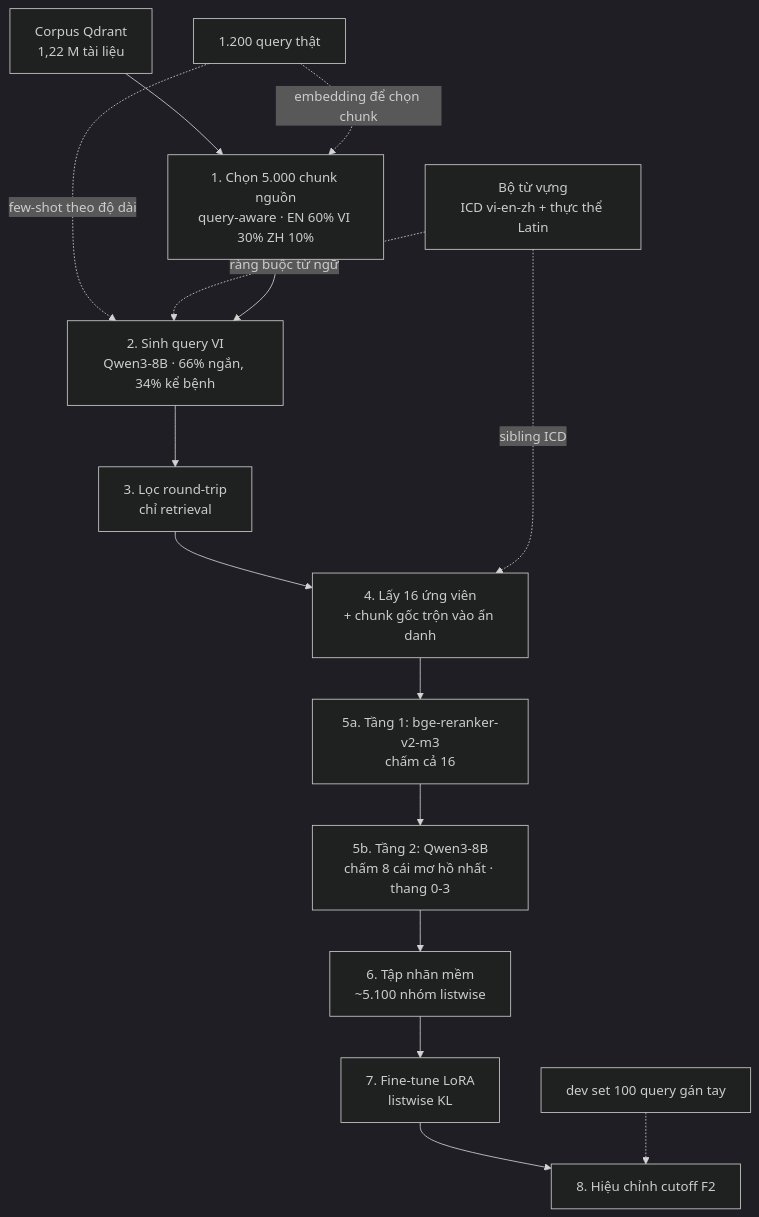
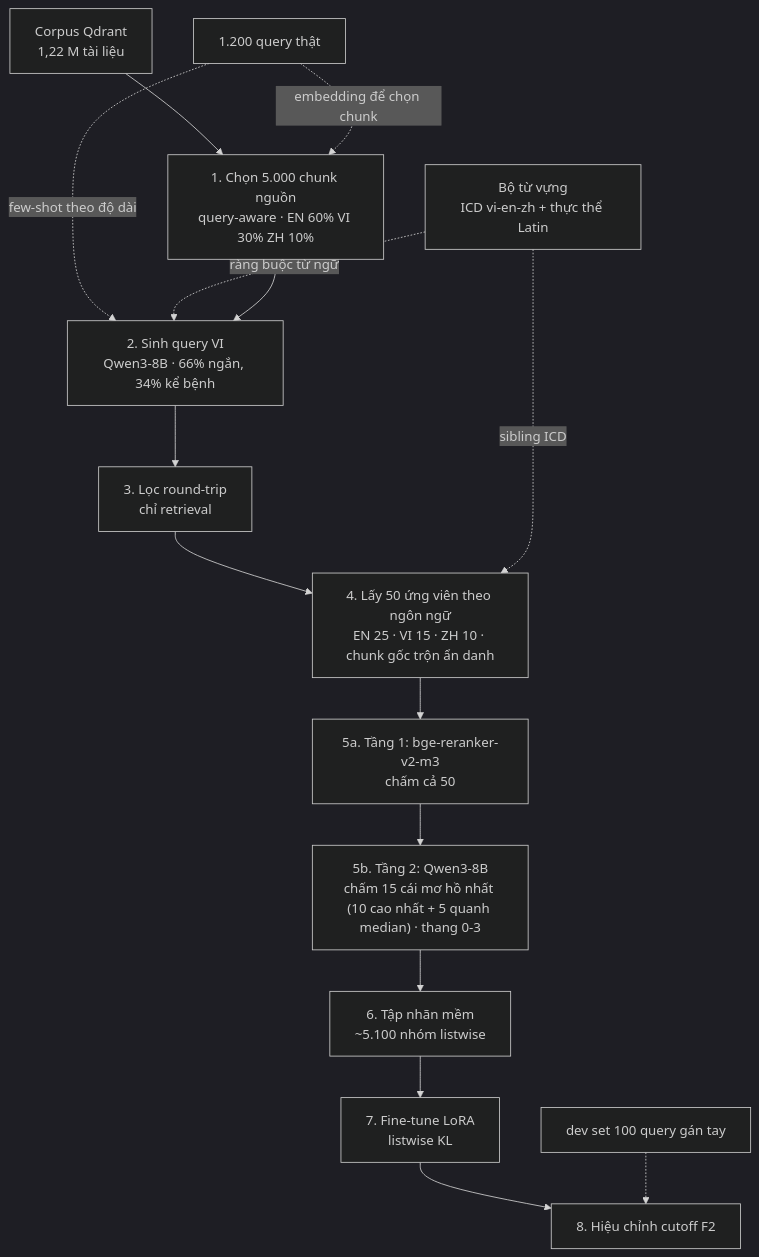
One commit to quyen244/medial-retrieval changed the diagram in docs/pipeline-sinh-nhan-reranker.md. Above: the diagram before and after it, drawn with Mermaid (dark theme). The commit also changed other lines of this file and 6 other files, not shown here.

````diff
--- a/docs/pipeline-sinh-nhan-reranker.md
+++ b/docs/pipeline-sinh-nhan-reranker.md
@@ -73,17 +73,17 @@
 ```mermaid
 flowchart TD
     A["Corpus Qdrant<br/>1,22 M tài liệu"] --> B["1. Chọn 5.000 chunk nguồn<br/>query-aware · EN 60% VI 30% ZH 10%"]
     Q["1.200 query thật"] -.few-shot theo độ dài.-> C
     Q -.embedding để chọn chunk.-> B
     V["Bộ từ vựng<br/>ICD vi-en-zh + thực thể Latin"] -.ràng buộc từ ngữ.-> C
     B --> C["2. Sinh query VI<br/>Qwen3-8B · 66% ngắn, 34% kể bệnh"]
     C --> D["3. Lọc round-trip<br/>chỉ retrieval"]
-    D --> E["4. Lấy 16 ứng viên<br/>+ chunk gốc trộn vào ẩn danh"]
+    D --> E["4. Lấy 50 ứng viên theo ngôn ngữ<br/>EN 25 · VI 15 · ZH 10 · chunk gốc trộn ẩn danh"]
     V -.sibling ICD.-> E
-    E --> F["5a. Tầng 1: bge-reranker-v2-m3<br/>chấm cả 16"]
-    F --> G["5b. Tầng 2: Qwen3-8B<br/>chấm 8 cái mơ hồ nhất · thang 0-3"]
+    E --> F["5a. Tầng 1: bge-reranker-v2-m3<br/>chấm cả 50"]
+    F --> G["5b. Tầng 2: Qwen3-8B<br/>chấm 15 cái mơ hồ nhất (10 cao nhất + 5 quanh median) · thang 0-3"]
     G --> H["6. Tập nhãn mềm<br/>~5.100 nhóm listwise"]
     H --> I["7. Fine-tune LoRA<br/>listwise KL"]
     I --> J["8. Hiệu chỉnh cutoff F2"]
     DEV["dev set 100 query gán tay"] -.-> J
 ```
````
